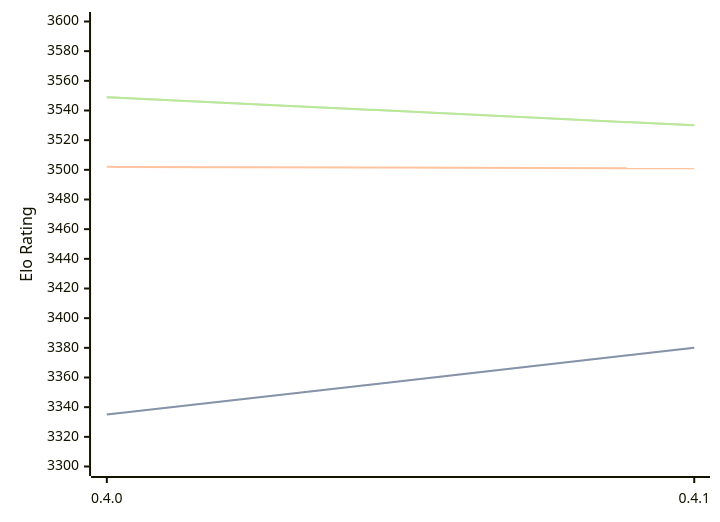
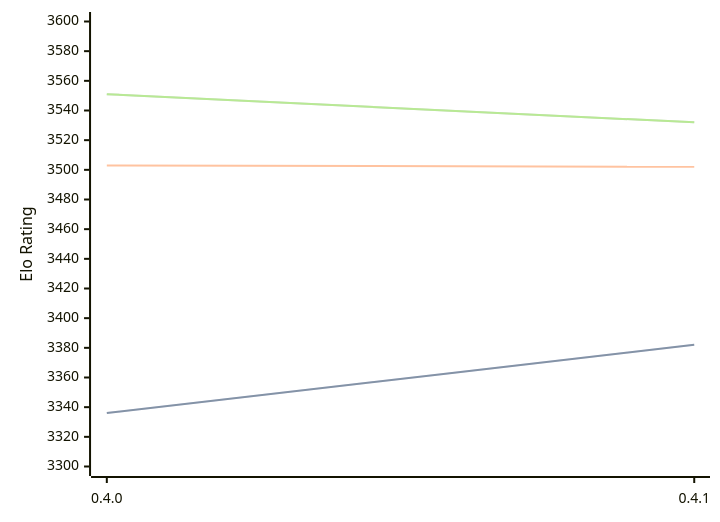
Before and after one commit to computer-chess-index/cci: the diagram in engines/Cinder.md, drawn with Mermaid. The commit also changed other lines of this file, not shown here.

Commit message:
Update CCI Ratings (ELO VLTC) - 2026-03-29

````diff
--- a/engines/Cinder.md
+++ b/engines/Cinder.md
@@ -40,11 +40,11 @@
 ```mermaid
 %%{init: {"theme":"base","themeVariables":{"seriesColors:['#a3a3a3','#222221','#faa371']}}}%%
 xychart-beta
   x-axis ["0.4.0", "0.4.1"]
   y-axis "Elo Rating" 3300 --> 3600
-  line "STC (8.0+0.08s)" [3335, 3380]
-  line "STC (8.0+0.08s)" [3335, 3380]
-  line "LTC (60.0+0.60s)" [3502, 3501]
-  line "VLTC (2m24s+1.12s)" [3549, 3530]
-  line "VLTC (2m24s+1.12s)" [3549, 3530]
+  line "STC (8.0+0.08s)" [3336, 3382]
+  line "STC (8.0+0.08s)" [3336, 3382]
+  line "LTC (60.0+0.60s)" [3503, 3502]
+  line "VLTC (2m24s+1.12s)" [3551, 3532]
+  line "VLTC (2m24s+1.12s)" [3551, 3532]
 ```
````
